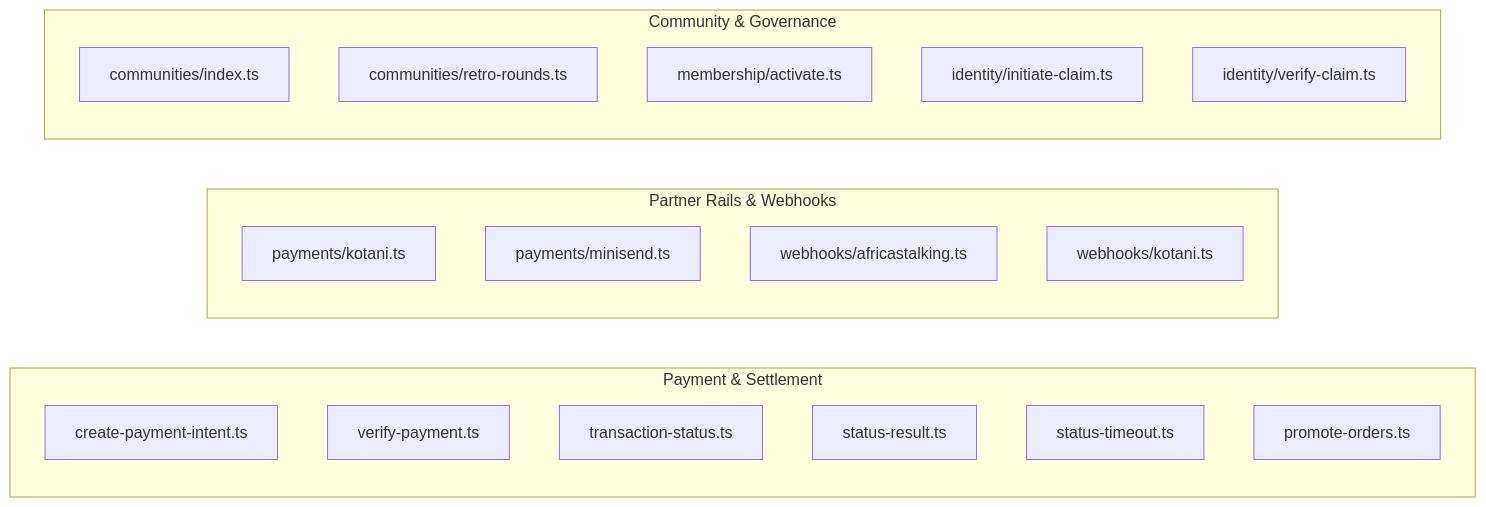
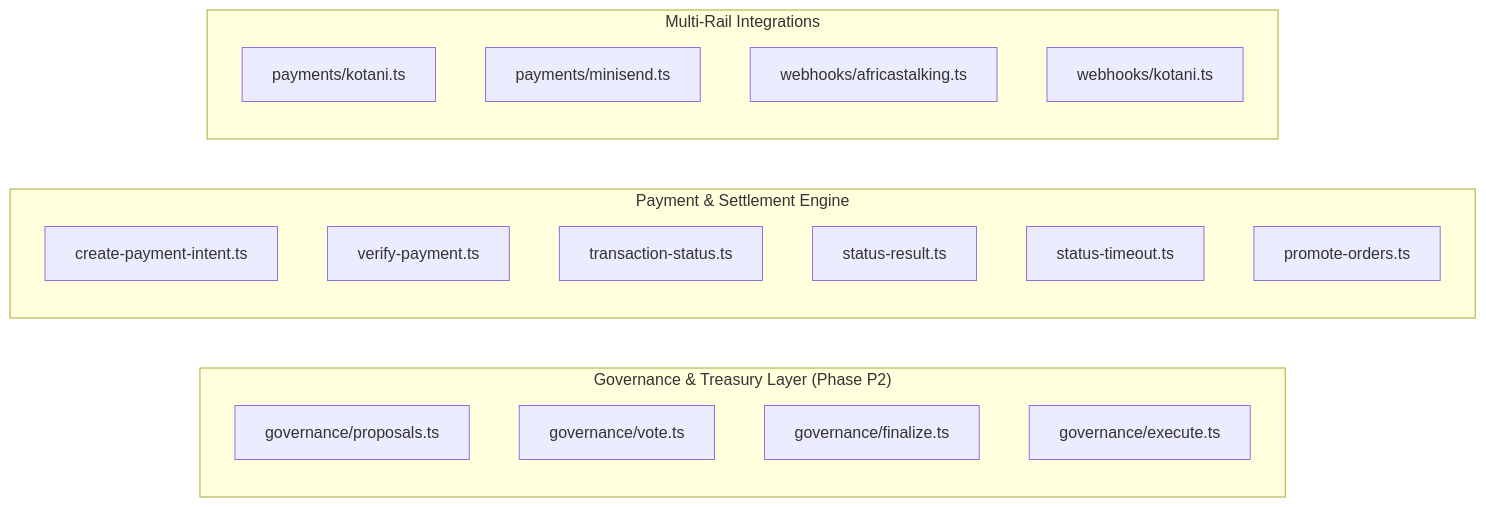
One commit to Azizudinly/baraza-protocol changed the first of 2 diagrams in BACKEND_CODE_MAP.md. Above: the diagram before and after it, drawn with Mermaid. The commit also changed other lines of this file and 34 other files, not shown here.

First line of the commit message:
Implement Phase P1 dynamic fee engine, governance hardening, and migration (#79)

````diff
--- a/BACKEND_CODE_MAP.md
+++ b/BACKEND_CODE_MAP.md
@@ -178,24 +170,23 @@
 ```mermaid
 flowchart LR
-    subgraph PaymentGroup ["Payment & Settlement"]
+    subgraph GovernanceGroup ["Governance & Treasury Layer (Phase P2)"]
+        G1["governance/proposals.ts"]
+        G2["governance/vote.ts"]
+        G3["governance/finalize.ts"]
+        G4["governance/execute.ts"]
+    end
+    subgraph PaymentGroup ["Payment & Settlement Engine"]
         R1["create-payment-intent.ts"]
         R2["verify-payment.ts"]
         R3["transaction-status.ts"]
         R4["status-result.ts"]
         R5["status-timeout.ts"]
         R6["promote-orders.ts"]
     end
-    subgraph PartnerGroup ["Partner Rails & Webhooks"]
+    subgraph PartnerGroup ["Multi-Rail Integrations"]
         R7["payments/kotani.ts"]
         R8["payments/minisend.ts"]
         R9["webhooks/africastalking.ts"]
         R10["webhooks/kotani.ts"]
     end
-    subgraph GovernanceGroup ["Community & Governance"]
-        R11["communities/index.ts"]
-        R12["communities/retro-rounds.ts"]
-        R13["membership/activate.ts"]
-        R14["identity/initiate-claim.ts"]
-        R15["identity/verify-claim.ts"]
-    end
 ```
````
